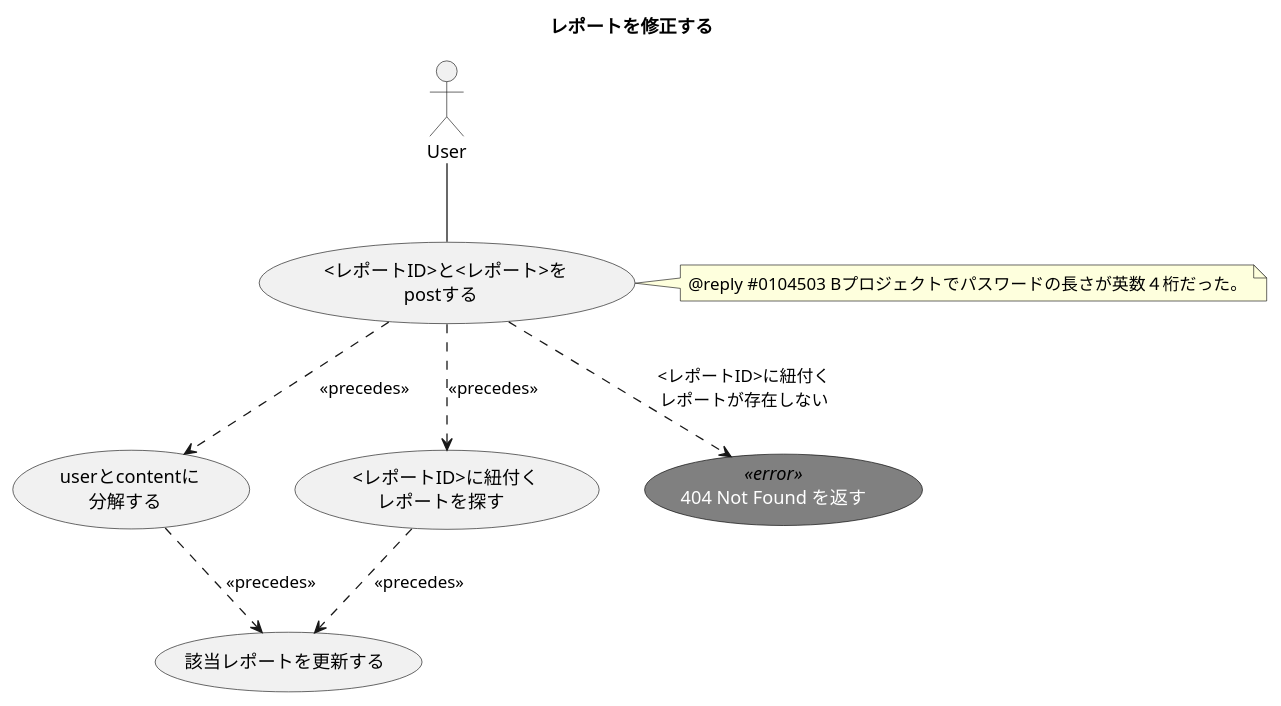
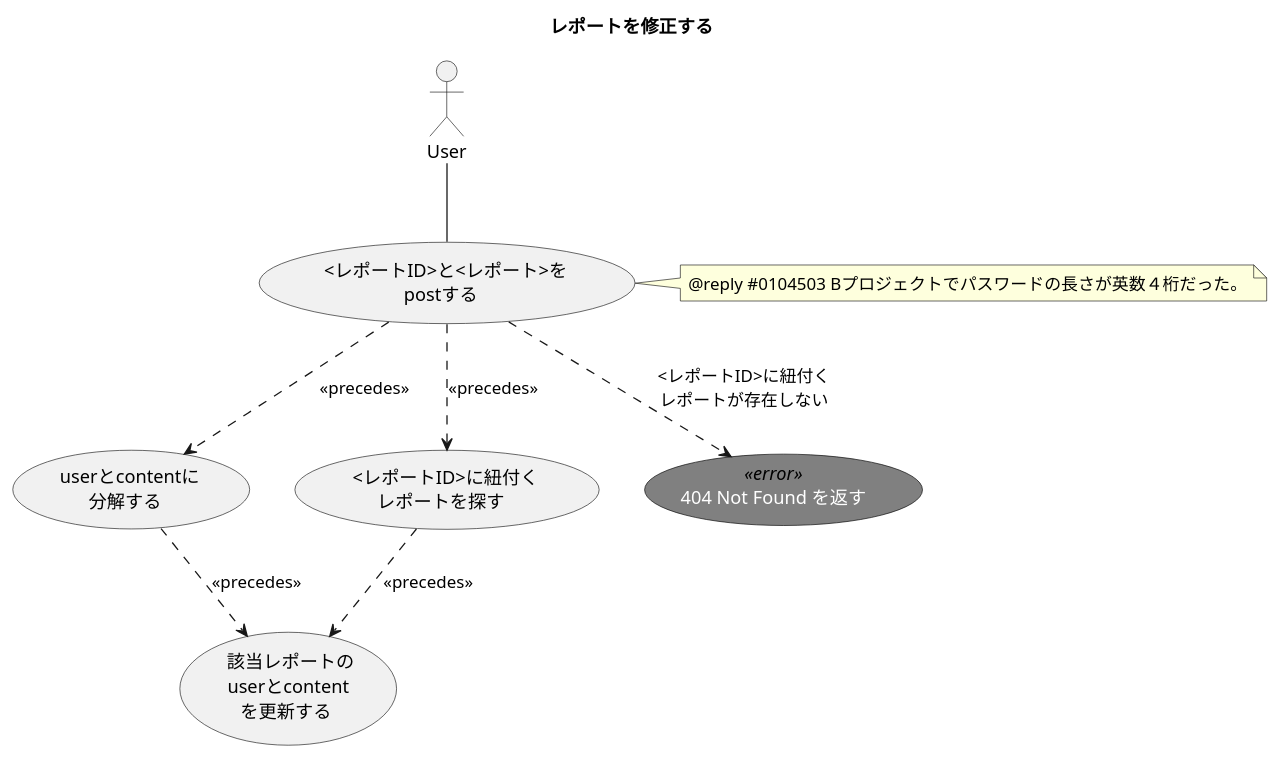
Before and after one commit to ito-masam/kpt-guard.doc: the diagram in 1.design/2.usecases/post-report-modify.md, drawn with PlantUML.

Commit message:
ユースケースのレポートを修正するを微調整

```diff
--- a/1.design/2.usecases/post-report-modify.md
+++ b/1.design/2.usecases/post-report-modify.md
@@ -1,30 +1,30 @@
 @startuml
 
     ' ----------- meta
     title レポートを修正する
 
     skinparam usecase {
       FontColor<<error>> white
       FontName<<error>> Verdana
       BackgroundColor<<error>> gray
       BorderColor<<error>> black
     }
 
     actor User
 
     ' ----------- main
     User -- ( <レポートID>と<レポート>を\npostする )
     ( <レポートID>と<レポート>を\npostする ) ..> ( userとcontentに\n分解する ) : << precedes >>
     ( <レポートID>と<レポート>を\npostする ) ..> ( <レポートID>に紐付く\nレポートを探す ) : << precedes >>
-    ( <レポートID>に紐付く\nレポートを探す ) ..> ( 該当レポートを更新する ) : << precedes >>
-    ( userとcontentに\n分解する ) ..> ( 該当レポートを更新する ) : << precedes >>
+    ( <レポートID>に紐付く\nレポートを探す ) ..> ( 該当レポートの\nuserとcontent\nを更新する ) : << precedes >>
+    ( userとcontentに\n分解する ) ..> ( 該当レポートの\nuserとcontent\nを更新する ) : << precedes >>
 
     note right of ( <レポートID>と<レポート>を\npostする )
       @reply #0104503 Bプロジェクトでパスワードの長さが英数４桁だった。
     end note
 
     ' ----------- alternative
     ( 404 Not Found を返す ) <<error>>
     ( <レポートID>と<レポート>を\npostする ) ..> ( 404 Not Found を返す ) : <レポートID>に紐付く\nレポートが存在しない
 
 @enduml
```
